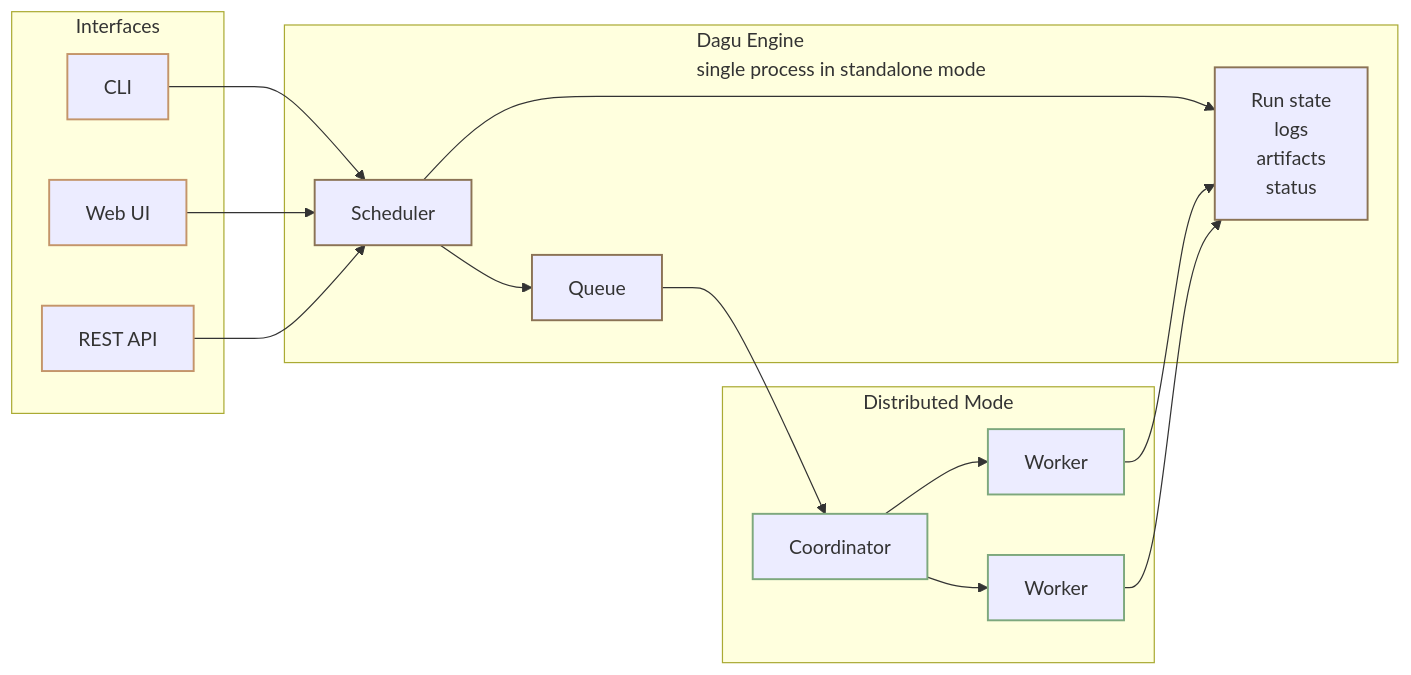
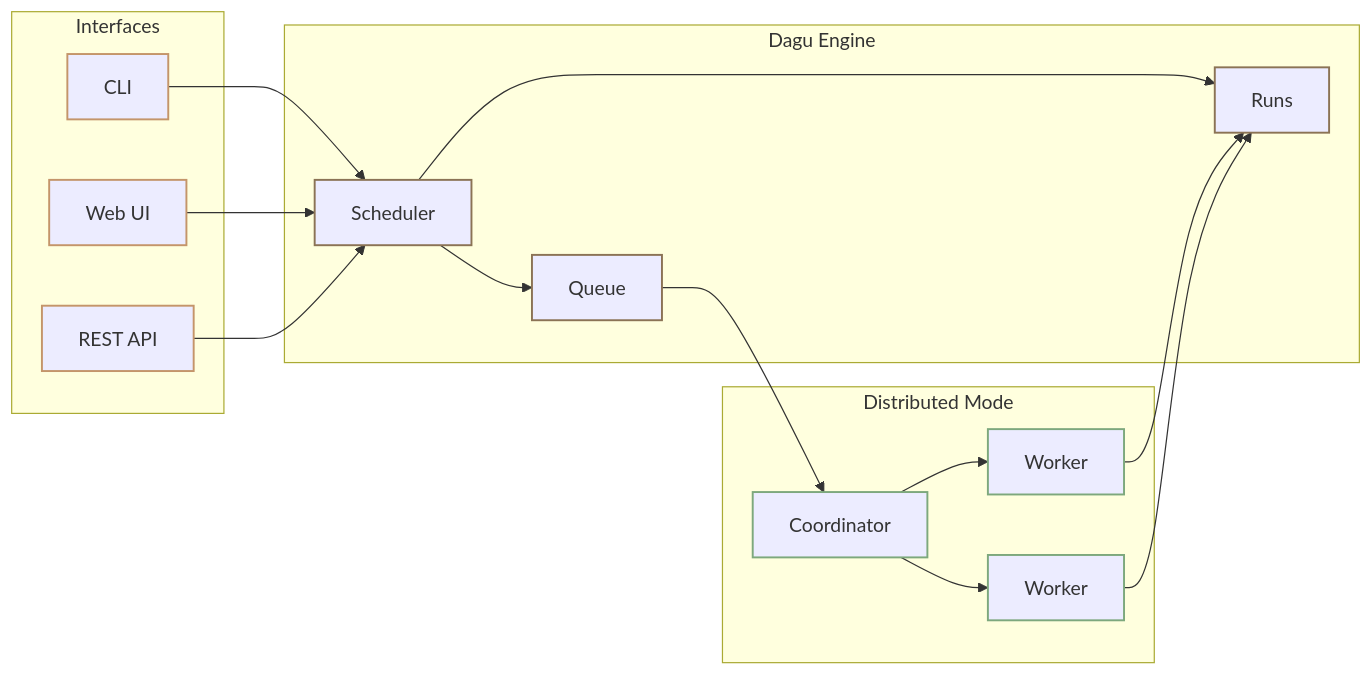
The diagram in [page].md (dagucloud/docs), drawn with Mermaid before and after one commit. The commit also changed 1 other file, not shown here.

Commit message:
doc: broken architecture diagram

````diff
--- a/[page].md
+++ b/[page].md
@@ -225,39 +225,39 @@
 ```mermaid
 flowchart LR
     subgraph Interfaces["Interfaces"]
         CLI["CLI"]
         UI["Web UI"]
         API["REST API"]
     end
 
-    subgraph Dagu["Dagu Engine<br/>single process in standalone mode"]
+    subgraph Dagu["Dagu Engine"]
         Scheduler["Scheduler"]
         Queue["Queue"]
-        Runs["Run state<br/>logs<br/>artifacts<br/>status"]
+        Runs["Runs"]
     end
 
     subgraph Distributed["Distributed Mode"]
         Coordinator["Coordinator"]
         WorkerA["Worker"]
         WorkerB["Worker"]
     end
 
     CLI --> Scheduler
     UI --> Scheduler
     API --> Scheduler
 
     Scheduler --> Runs
     Scheduler --> Queue
     Queue --> Coordinator
     Coordinator --> WorkerA
     Coordinator --> WorkerB
     WorkerA --> Runs
     WorkerB --> Runs
 
     classDef interface stroke:#c4956a,stroke-width:1.6px
     classDef engine stroke:#8b7355,stroke-width:1.6px
     classDef distributed stroke:#7da87d,stroke-width:1.6px
     class CLI,UI,API interface
     class Scheduler,Queue,Runs engine
     class Coordinator,WorkerA,WorkerB distributed
 ```
````
